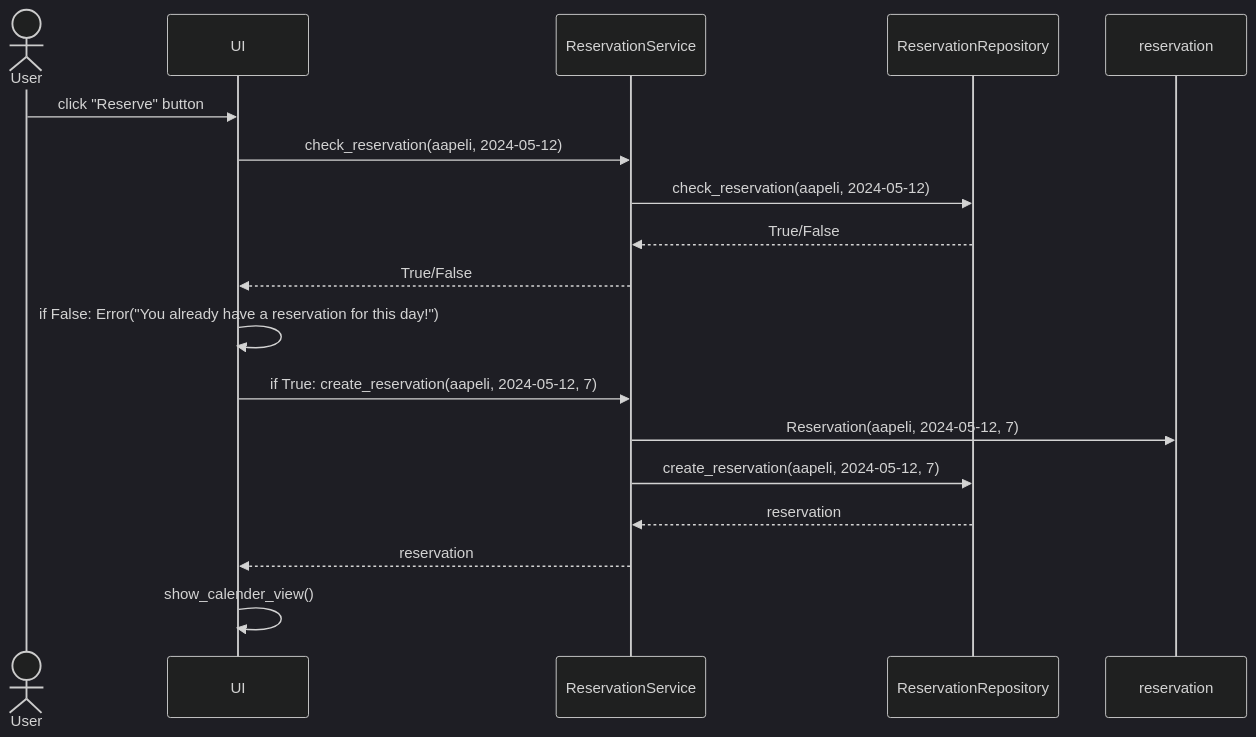
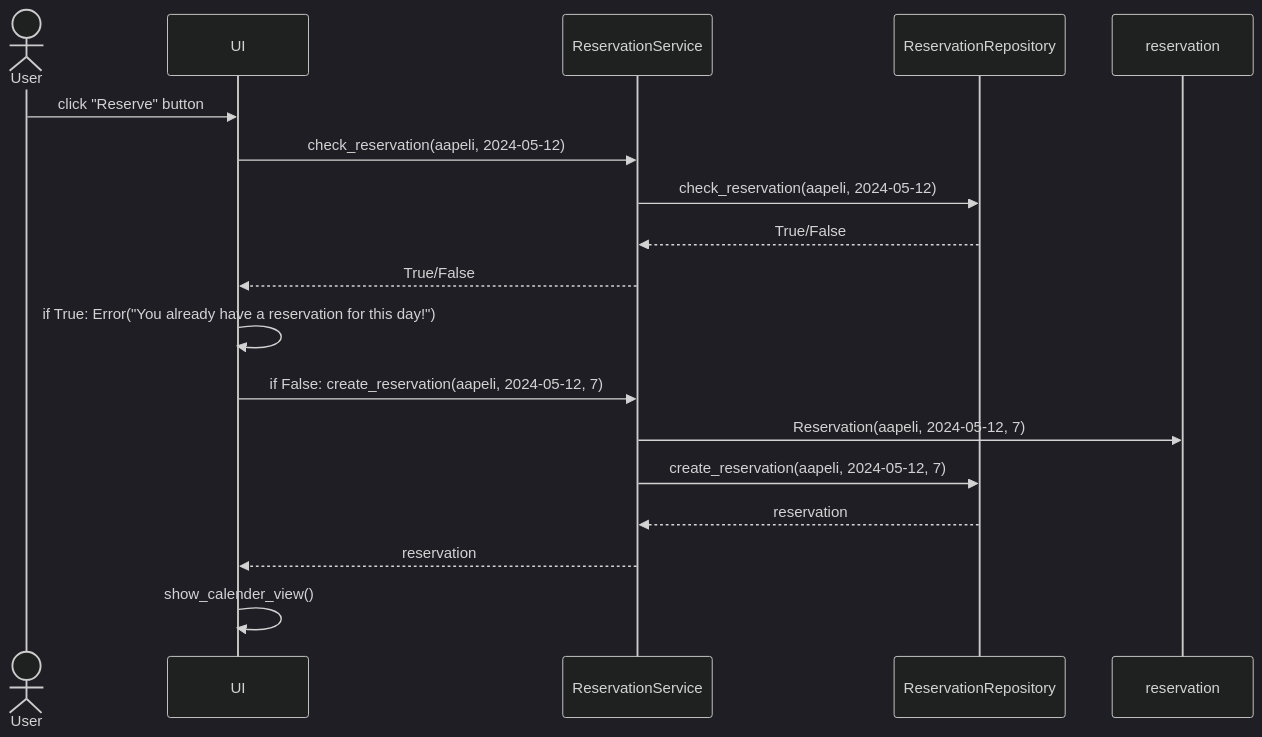
Before and after one commit to levomaaa/ot-harjoitustyo: the fourth of 4 diagrams in dokumentaatio/arkkitehtuuri.md, drawn with Mermaid (dark theme).

````diff
--- a/dokumentaatio/arkkitehtuuri.md
+++ b/dokumentaatio/arkkitehtuuri.md
@@ -120,20 +120,20 @@
 ```mermaid
 sequenceDiagram
   actor User
   participant UI
   participant ReservationService
   participant ReservationRepository
   participant reservation
   User->>UI: click "Reserve" button
   UI->>ReservationService: check_reservation(aapeli, 2024-05-12)
   ReservationService->>ReservationRepository: check_reservation(aapeli, 2024-05-12)
   ReservationRepository-->>ReservationService: True/False
   ReservationService-->>UI: True/False
-  UI->>UI: if False: Error("You already have a reservation for this day!")
-  UI->>ReservationService: if True: create_reservation(aapeli, 2024-05-12, 7)
+  UI->>UI: if True: Error("You already have a reservation for this day!")
+  UI->>ReservationService: if False: create_reservation(aapeli, 2024-05-12, 7)
   ReservationService->>reservation: Reservation(aapeli, 2024-05-12, 7) 
   ReservationService->>ReservationRepository: create_reservation(aapeli, 2024-05-12, 7)
   ReservationRepository-->>ReservationService: reservation
   ReservationService-->>UI: reservation
   UI->>UI: show_calender_view()
 ```
````
